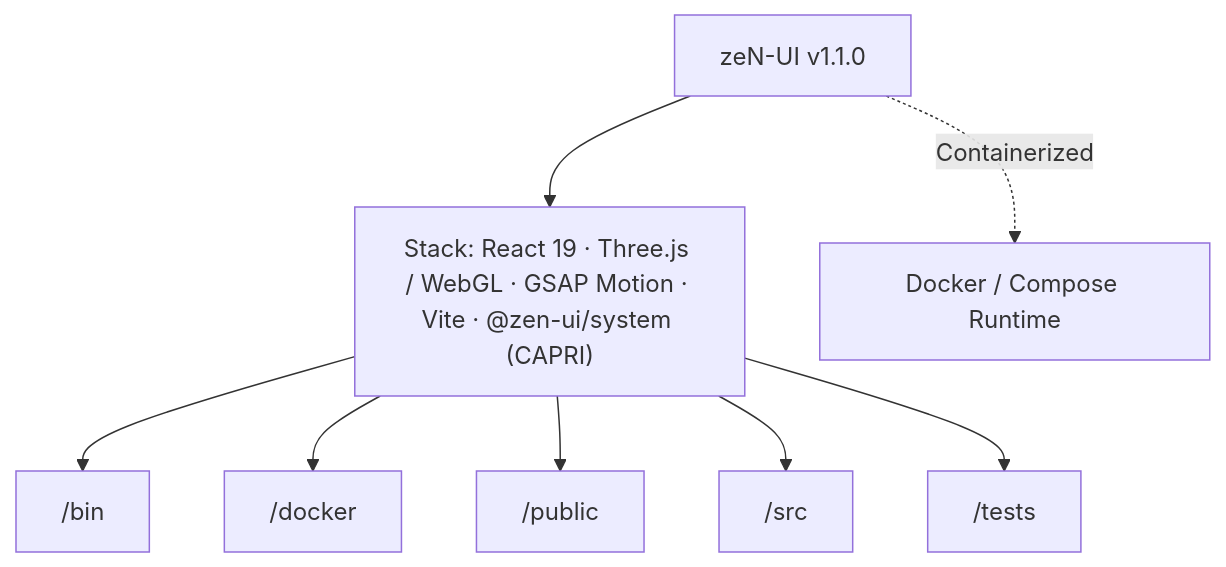
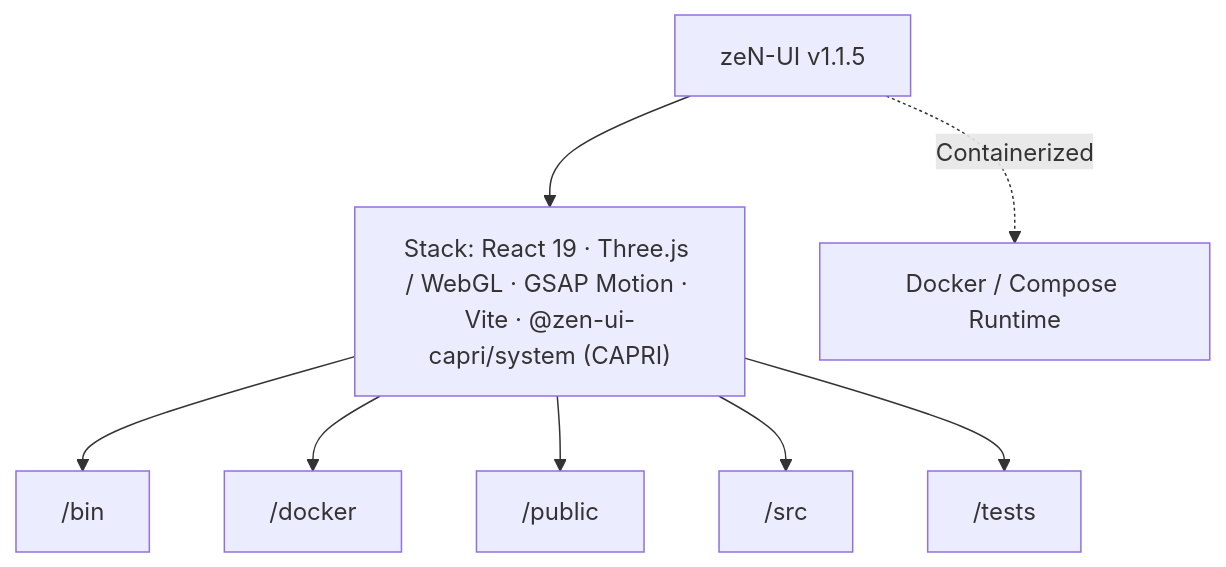
Before and after one commit to lukaspabst/zeN-UI: the diagram in docs/CAPRI-ARCHITECTURE.md, drawn with Mermaid. The commit also changed other lines of this file and 18 other files, not shown here.

Commit message:
chore(release): unify @zen-ui-capri/system naming and v1.1.5 across docs, CLI, and showcase UI

````diff
--- a/docs/CAPRI-ARCHITECTURE.md
+++ b/docs/CAPRI-ARCHITECTURE.md
@@ -27,18 +27,18 @@
 ```mermaid
 flowchart TD
-  Repo["zeN-UI v1.1.0"]
-  Stack["Stack: React 19 · Three.js / WebGL · GSAP Motion · Vite · @zen-ui/system (CAPRI)"]
+  Repo["zeN-UI v1.1.5"]
+  Stack["Stack: React 19 · Three.js / WebGL · GSAP Motion · Vite · @zen-ui-capri/system (CAPRI)"]
   Repo --> Stack
   N0_bin["/bin"]
   Stack --> N0_bin
   N1_docker["/docker"]
   Stack --> N1_docker
   N2_public["/public"]
   Stack --> N2_public
   N3_src["/src"]
   Stack --> N3_src
   N4_tests["/tests"]
   Stack --> N4_tests
   Docker["Docker / Compose Runtime"]
   Repo -.->|"Containerized"| Docker
 ```
````
